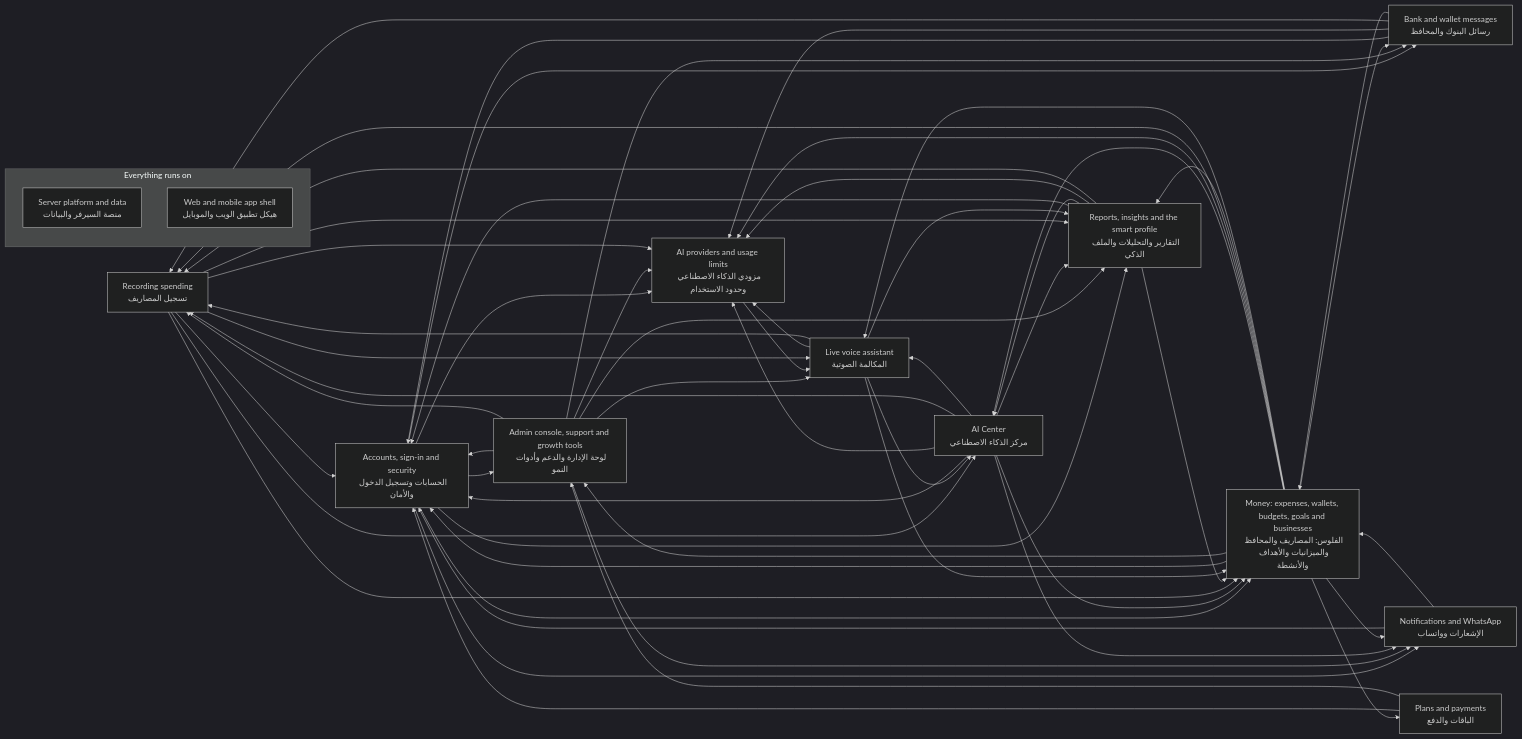
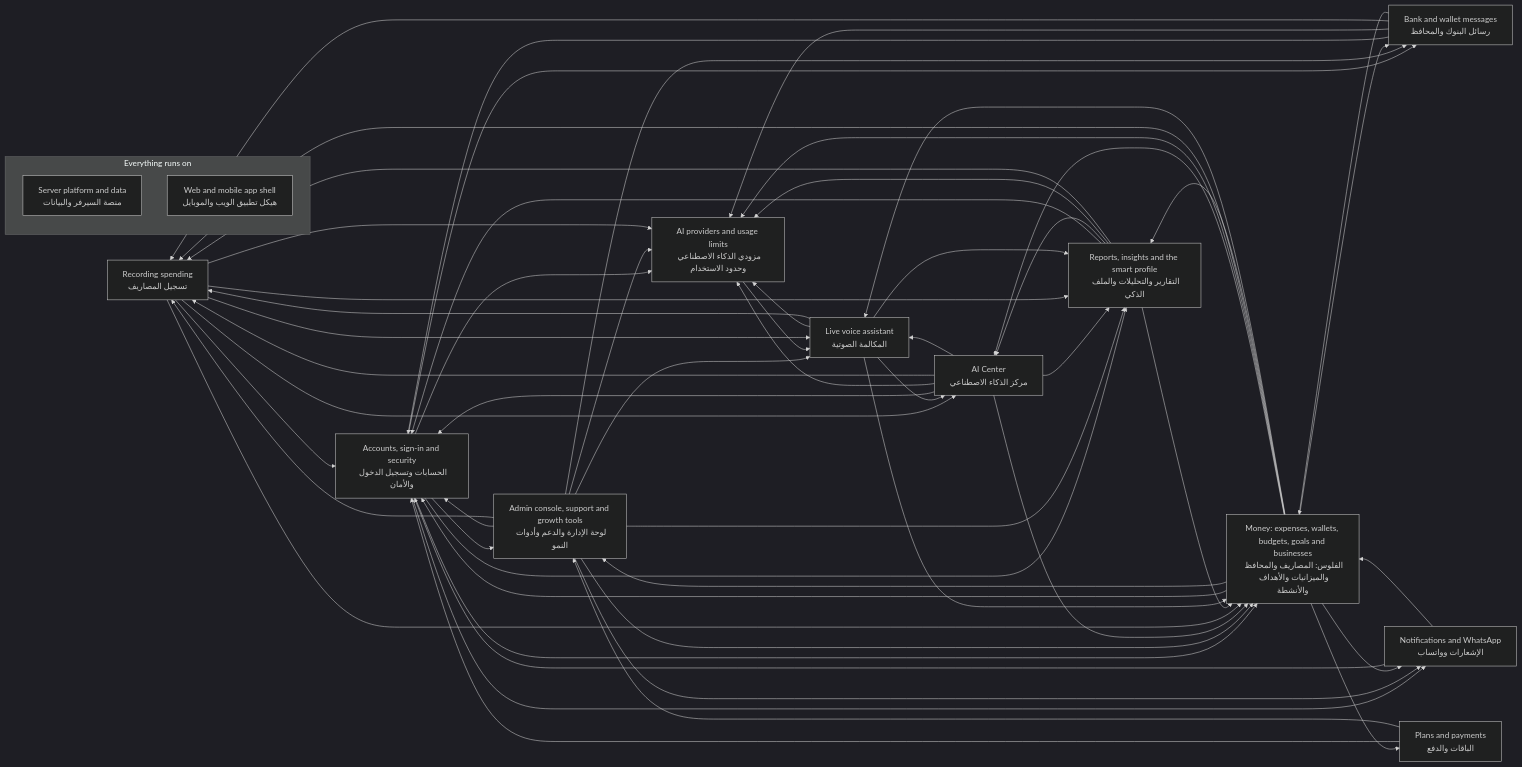
Before and after one commit to mahmoudtaherr111/smartspend_mini_all: the diagram in docs/atlas/systems/README.md, drawn with Mermaid (dark theme). The commit also changed other lines of this file and 82 other files, not shown here.

````diff
--- a/docs/atlas/systems/README.md
+++ b/docs/atlas/systems/README.md
@@ -15,73 +15,73 @@
 ```mermaid
 flowchart LR
   sys_expense_capture["Recording spending<br/>تسجيل المصاريف"]
   sys_bank_messages["Bank and wallet messages<br/>رسائل البنوك والمحافظ"]
   sys_voice_calls["Live voice assistant<br/>المكالمة الصوتية"]
   sys_ai_center["AI Center<br/>مركز الذكاء الاصطناعي"]
   sys_insights["Reports, insights and the smart profile<br/>التقارير والتحليلات والملف الذكي"]
   sys_money["Money: expenses, wallets, budgets, goals and businesses<br/>الفلوس: المصاريف والمحافظ والميزانيات والأهداف والأنشطة"]
   sys_accounts["Accounts, sign-in and security<br/>الحسابات وتسجيل الدخول والأمان"]
   sys_billing["Plans and payments<br/>الباقات والدفع"]
   sys_notifications["Notifications and WhatsApp<br/>الإشعارات وواتساب"]
   sys_admin["Admin console, support and growth tools<br/>لوحة الإدارة والدعم وأدوات النمو"]
   sys_ai_platform["AI providers and usage limits<br/>مزودي الذكاء الاصطناعي وحدود الاستخدام"]
   subgraph g_foundation["Everything runs on"]
     sys_platform["Server platform and data<br/>منصة السيرفر والبيانات"]
     sys_web_app["Web and mobile app shell<br/>هيكل تطبيق الويب والموبايل"]
   end
   sys_accounts --> sys_admin
   sys_accounts --> sys_ai_platform
   sys_accounts --> sys_bank_messages
   sys_accounts --> sys_insights
   sys_accounts --> sys_money
   sys_accounts --> sys_notifications
   sys_admin --> sys_accounts
   sys_admin --> sys_ai_platform
   sys_admin --> sys_bank_messages
   sys_admin --> sys_expense_capture
   sys_admin --> sys_insights
+  sys_admin --> sys_money
   sys_admin --> sys_notifications
   sys_admin --> sys_voice_calls
   sys_ai_center --> sys_accounts
   sys_ai_center --> sys_ai_platform
   sys_ai_center --> sys_expense_capture
   sys_ai_center --> sys_insights
   sys_ai_center --> sys_money
-  sys_ai_center --> sys_notifications
   sys_ai_center --> sys_voice_calls
   sys_ai_platform --> sys_voice_calls
   sys_bank_messages --> sys_accounts
   sys_bank_messages --> sys_ai_platform
   sys_bank_messages --> sys_expense_capture
   sys_bank_messages --> sys_money
   sys_billing --> sys_accounts
   sys_billing --> sys_admin
   sys_expense_capture --> sys_accounts
   sys_expense_capture --> sys_ai_center
   sys_expense_capture --> sys_ai_platform
   sys_expense_capture --> sys_insights
   sys_expense_capture --> sys_money
   sys_expense_capture --> sys_voice_calls
   sys_insights --> sys_accounts
   sys_insights --> sys_ai_center
   sys_insights --> sys_ai_platform
   sys_insights --> sys_expense_capture
   sys_insights --> sys_money
   sys_money --> sys_accounts
   sys_money --> sys_admin
   sys_money --> sys_ai_center
   sys_money --> sys_ai_platform
   sys_money --> sys_bank_messages
   sys_money --> sys_billing
   sys_money --> sys_expense_capture
   sys_money --> sys_insights
   sys_money --> sys_notifications
   sys_money --> sys_voice_calls
   sys_notifications --> sys_accounts
   sys_notifications --> sys_money
   sys_voice_calls --> sys_ai_center
   sys_voice_calls --> sys_ai_platform
   sys_voice_calls --> sys_expense_capture
   sys_voice_calls --> sys_insights
   sys_voice_calls --> sys_money
 ```
````
